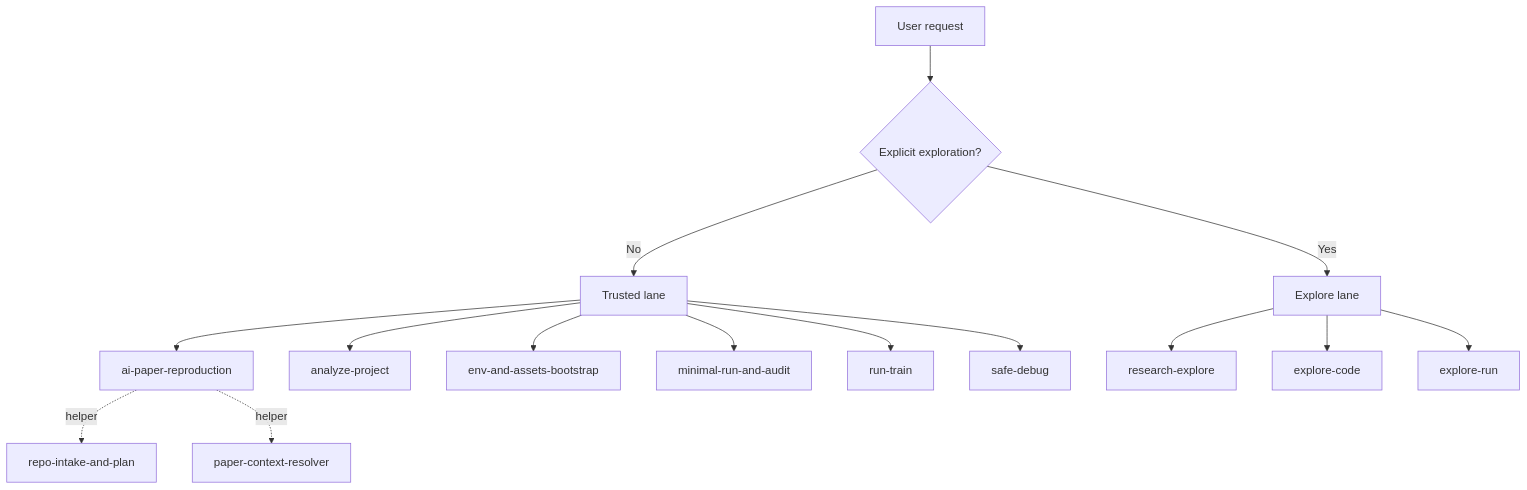
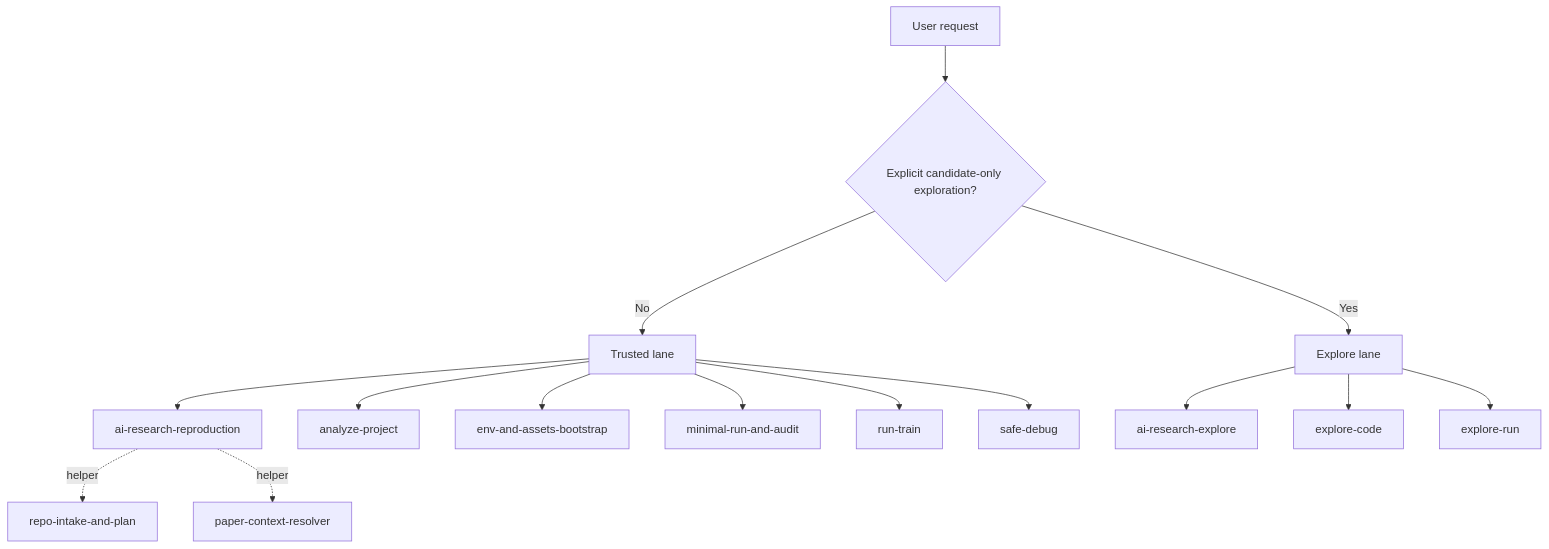
Before and after one commit to lllllllama/ai-paper-reproduction-skills: the first of 2 diagrams in README.md, drawn with Mermaid. The commit also changed other lines of this file and 102 other files, not shown here.

````diff
--- a/README.md
+++ b/README.md
@@ -106,20 +116,20 @@
 ```mermaid
 flowchart TD
-    A[User request] --> B{Explicit exploration?}
+    A[User request] --> B{Explicit candidate-only exploration?}
     B -- No --> C[Trusted lane]
     B -- Yes --> D[Explore lane]
 
-    C --> C1[ai-paper-reproduction]
+    C --> C1[ai-research-reproduction]
     C --> C2[analyze-project]
     C --> C3[env-and-assets-bootstrap]
     C --> C4[minimal-run-and-audit]
     C --> C5[run-train]
     C --> C6[safe-debug]
 
-    D --> D1[research-explore]
+    D --> D1[ai-research-explore]
     D --> D2[explore-code]
     D --> D3[explore-run]
 
     C1 -. helper .-> H1[repo-intake-and-plan]
     C1 -. helper .-> H2[paper-context-resolver]
 ```
````
